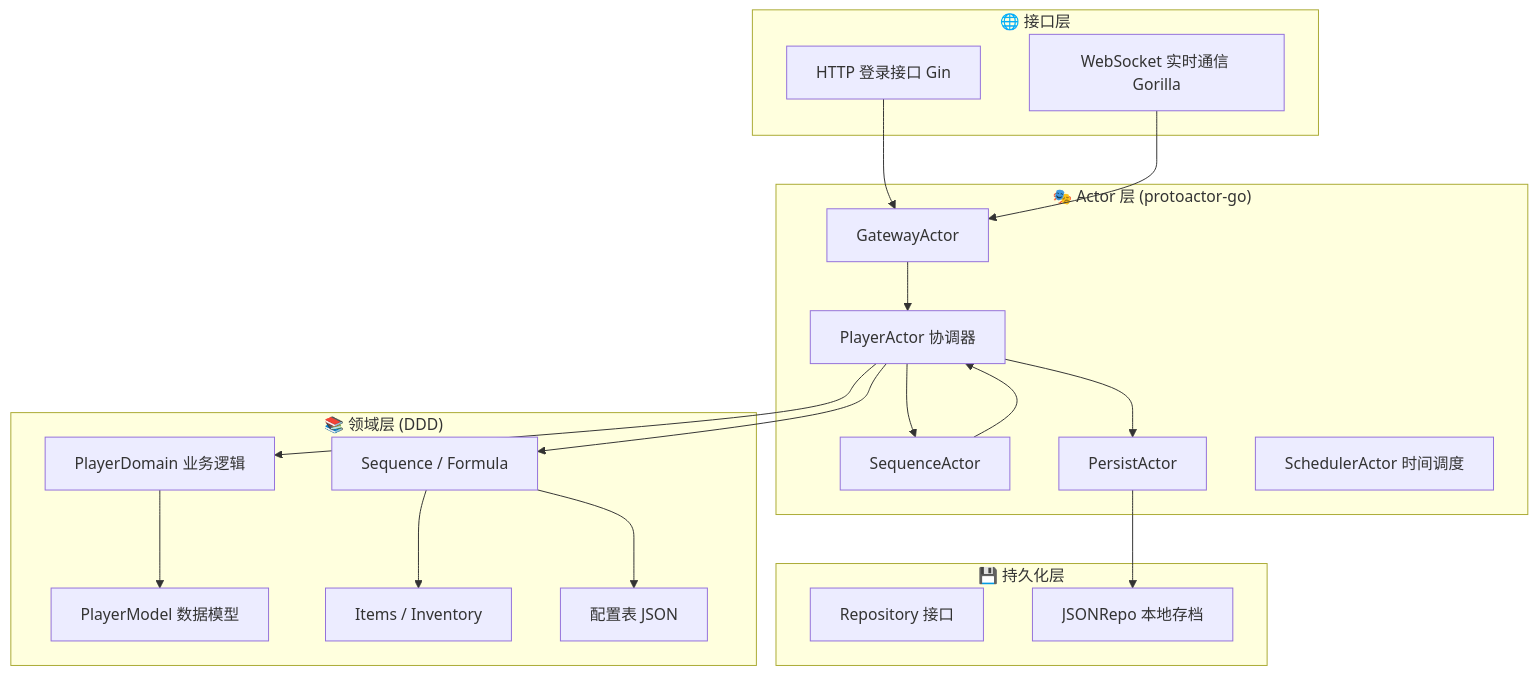
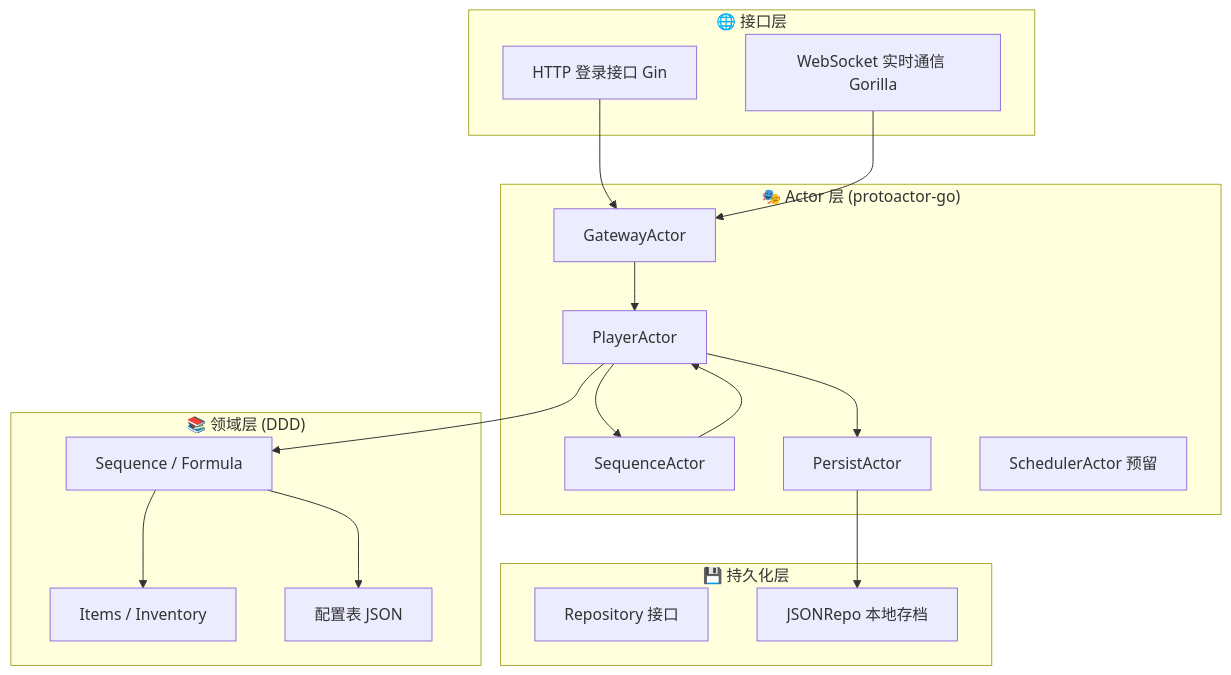
The first of 2 diagrams in README.md (qq479733605-blip/IdleGame), drawn with Mermaid before and after one commit. The commit also changed other lines of this file and 3 other files, not shown here.

````diff
--- a/README.md
+++ b/README.md
@@ -51,41 +49,37 @@
 ```mermaid
 graph TD
     subgraph InterfaceLayer["🌐 接口层"]
         HTTP[HTTP 登录接口 Gin]
         WS[WebSocket 实时通信 Gorilla]
     end
 
     subgraph ActorLayer["🎭 Actor 层 (protoactor-go)"]
         GW[GatewayActor]
-        P[PlayerActor 协调器]
+        P[PlayerActor]
         S[SequenceActor]
         Inv[PersistActor]
-        Sch[SchedulerActor 时间调度]
+        Sch[SchedulerActor 预留]
     end
 
     subgraph DomainLayer["📚 领域层 (DDD)"]
-        PD[PlayerDomain 业务逻辑]
-        PM[PlayerModel 数据模型]
         Seq[Sequence / Formula]
         Item[Items / Inventory]
         Data[配置表 JSON]
     end
 
     subgraph PersistLayer["💾 持久化层"]
         Repo[Repository 接口]
         JSONRepo[JSONRepo 本地存档]
     end
 
     HTTP --> GW
     WS --> GW
     GW --> P
     P --> S
     S --> P
-    P --> PD
-    PD --> PM
     P --> Inv
     Inv --> JSONRepo
     P --> Seq
     Seq --> Item
     Seq --> Data
 ```
````
